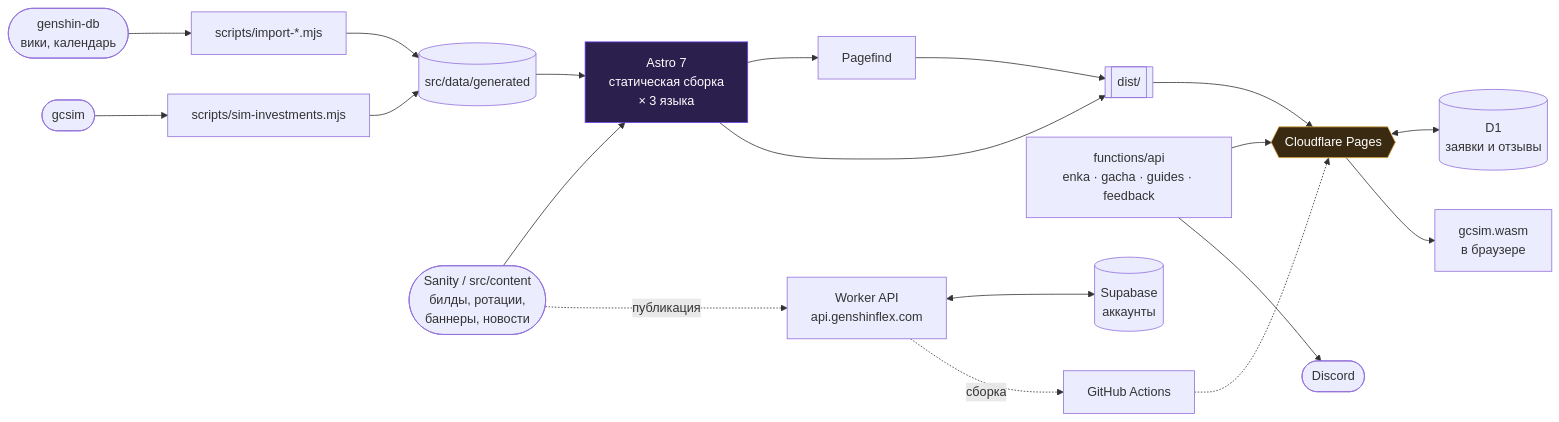
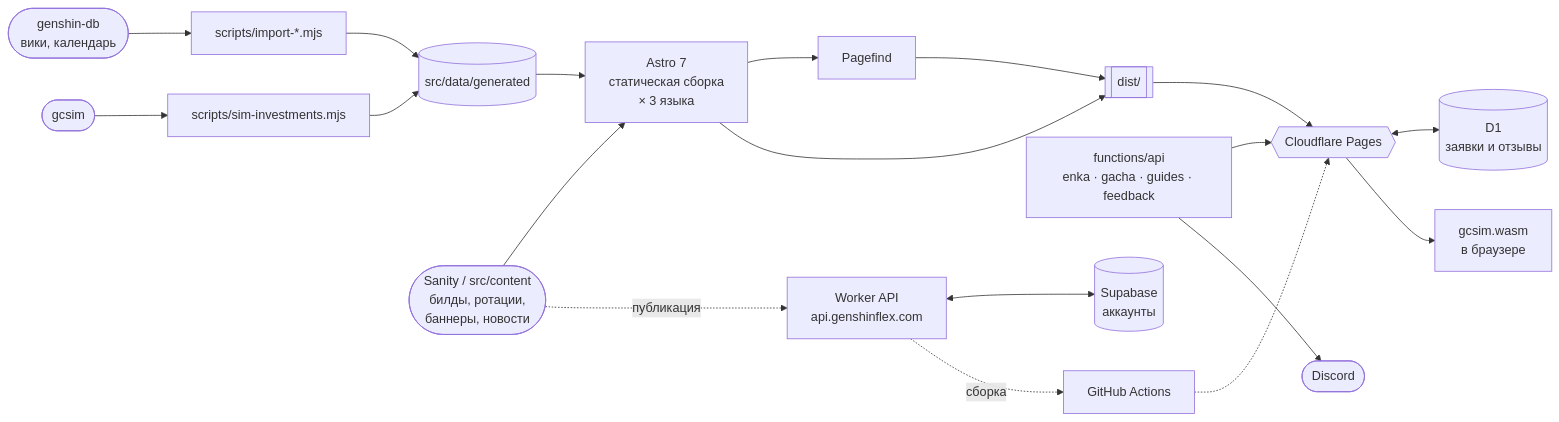
Before and after one commit to logreus-cloud/genshinflex: the diagram in README.md, drawn with Mermaid. The commit also changed other lines of this file, not shown here.

````diff
--- a/README.md
+++ b/README.md
@@ -104,20 +80,17 @@
 ```mermaid
 flowchart LR
     GDB([genshin-db<br/>вики, календарь]) --> IMP[scripts/import-*.mjs]
     IMP --> GEN[(src/data/generated)]
     SIM([gcsim]) --> INV[scripts/sim-investments.mjs] --> GEN
     CMS([Sanity / src/content<br/>билды, ротации,<br/>баннеры, новости]) --> ASTRO
     GEN --> ASTRO[Astro 7<br/>статическая сборка<br/>× 3 языка]
     ASTRO --> PF[Pagefind] --> DIST[[dist/]]
     ASTRO --> DIST
     DIST --> CF{{Cloudflare Pages}}
     FN[functions/api<br/>enka · gacha · guides · feedback] --> CF
     CF <--> D1[(D1<br/>заявки и отзывы)]
     FN --> DC([Discord])
     CF --> WASM[gcsim.wasm<br/>в браузере]
     API[Worker API<br/>api.genshinflex.com] <--> SB[(Supabase<br/>аккаунты)]
     CMS -. публикация .-> API -. сборка .-> GHA[GitHub Actions] -.-> CF
-
-    style ASTRO fill:#2a1f4d,stroke:#6C3CE9,color:#fff
-    style CF fill:#3a2a12,stroke:#E3B04B,color:#fff
 ```
````
